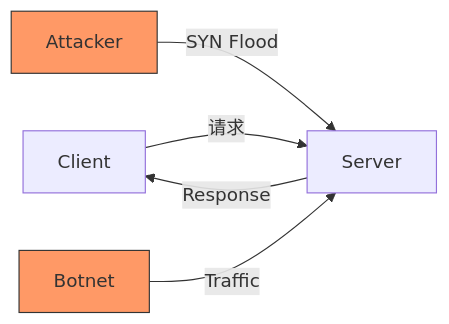
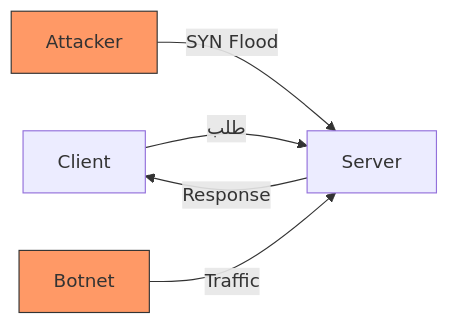
The first of 8 diagrams in courses/أمن-الشبكات.md (Cristography/Blue-Bits-Summary-Vault), drawn with Mermaid before and after one commit. The commit also changed other lines of this file and 18 other files, not shown here.

````diff
--- a/courses/أمن-الشبكات.md
+++ b/courses/أمن-الشبكات.md
@@ -30,9 +30,9 @@
 ```mermaid
 graph LR
-    A[Client] -->|请求| B[Server]
+    A[Client] -->|طلب| B[Server]
     B -->|Response| A
     C[Attacker] -->|SYN Flood| B
     D[Botnet] -->|Traffic| B
     style C fill:#f96,stroke:#333
     style D fill:#f96,stroke:#333
 ```
````
